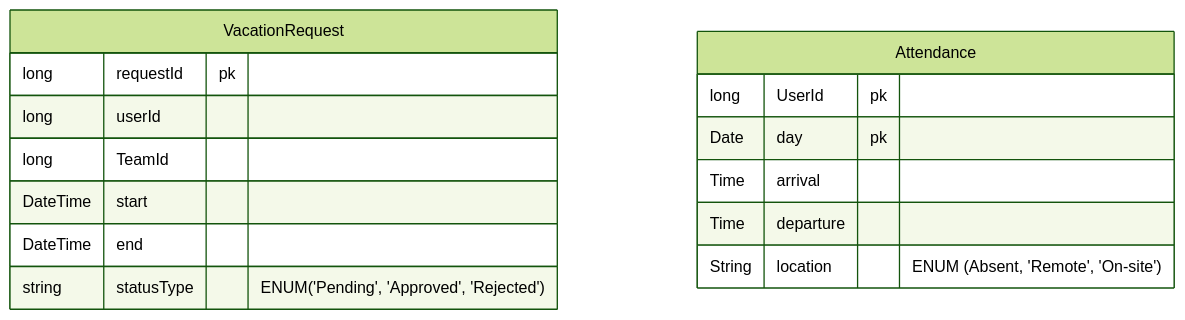
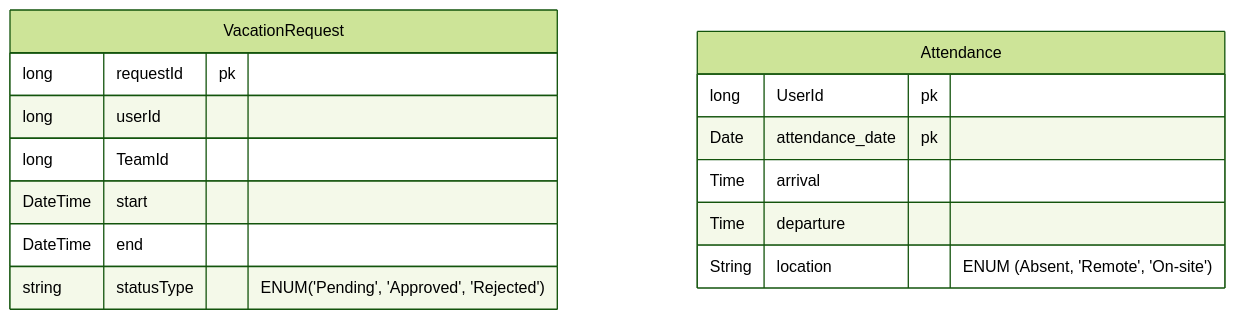
Before and after one commit to wrak-fra5-belbasalla7mar/.github: the eighth of 10 diagrams in profile/README.md, drawn with Mermaid (forest theme).

````diff
--- a/profile/README.md
+++ b/profile/README.md
@@ -354,18 +354,18 @@
 ```mermaid
 erDiagram
 VacationRequest{
 long requestId pk
 long userId
 long TeamId
 DateTime start
 DateTime end
 string statusType "ENUM('Pending', 'Approved', 'Rejected')"
 }
 Attendance{
 long UserId pk 
-Date day pk
+Date attendance_date pk
 Time arrival
 Time departure 
 String location "ENUM (Absent, 'Remote', 'On-site')"
 }
 ```
````
